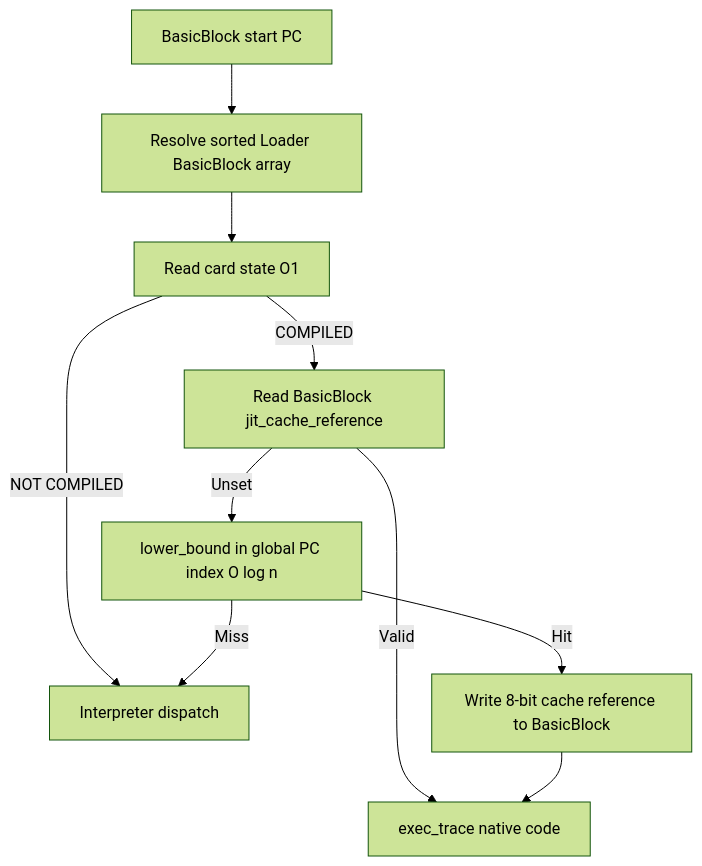
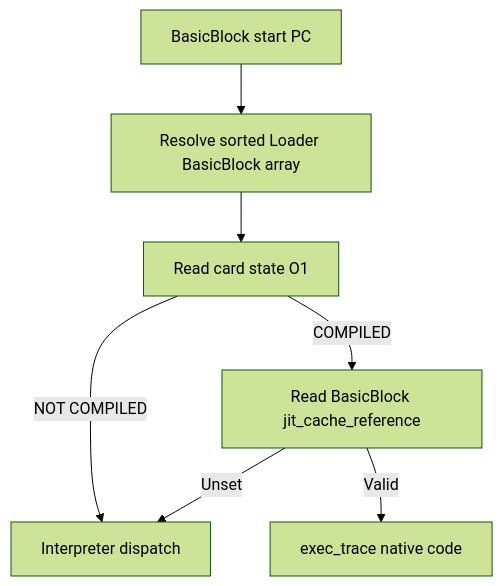
One commit to kmt-t/fireball changed the first of 6 diagrams in docs/components/tier3_plugins/jit_runtime.md. Above: the diagram before and after it, drawn with Mermaid (forest theme). The commit also changed other lines of this file and 633 other files, not shown here.

````diff
--- a/docs/components/tier3_plugins/jit_runtime.md
+++ b/docs/components/tier3_plugins/jit_runtime.md
@@ -95,12 +97,9 @@
 ```mermaid
 flowchart TD
     Search[BasicBlock start PC] --> Block[Resolve sorted Loader BasicBlock array]
     Block --> Card[Read card state O1]
     Card -->|NOT COMPILED| Interp[Interpreter dispatch]
     Card -->|COMPILED| Ref[Read BasicBlock jit_cache_reference]
     Ref -->|Valid| Exec[exec_trace native code]
-    Ref -->|Unset| Index[lower_bound in global PC index O log n]
-    Index -->|Hit| Write[Write 8-bit cache reference to BasicBlock]
-    Write --> Exec
-    Index -->|Miss| Interp
+    Ref -->|Unset| Interp
 ```
````
